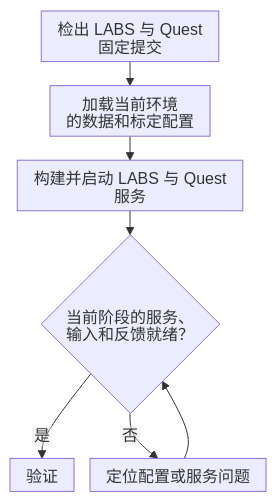
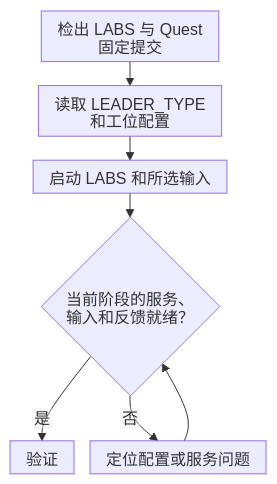
The diagram in 9、部署集成.md (YYxzz8866/Quest-Proposal), drawn with Mermaid before and after one commit. The commit also changed other lines of this file and 5 other files, not shown here.

````diff
--- a/9、部署集成.md
+++ b/9、部署集成.md
@@ -18,14 +19,14 @@
 ```mermaid
 %%{init: {"htmlLabels": false, "flowchart": {"htmlLabels": false, "useMaxWidth": true, "nodeSpacing": 16, "rankSpacing": 24, "padding": 8}}}%%
 flowchart TD
     Version["检出 LABS 与 Quest 固定提交"]
-    Config["加载当前环境<br/>的数据和标定配置"]
-    Build["构建并启动 LABS 与 Quest 服务"]
+    Config["读取 LEADER_TYPE<br/>和工位配置"]
+    Build["启动 LABS 和所选输入"]
     Check{"当前阶段的服务、<br/>输入和反馈就绪？"}
     Ready["验证"]
     Diagnose["定位配置或服务问题"]
 
     Version --> Config --> Build --> Check
     Check -->|是| Ready
     Check -->|否| Diagnose --> Check
 ```
````
